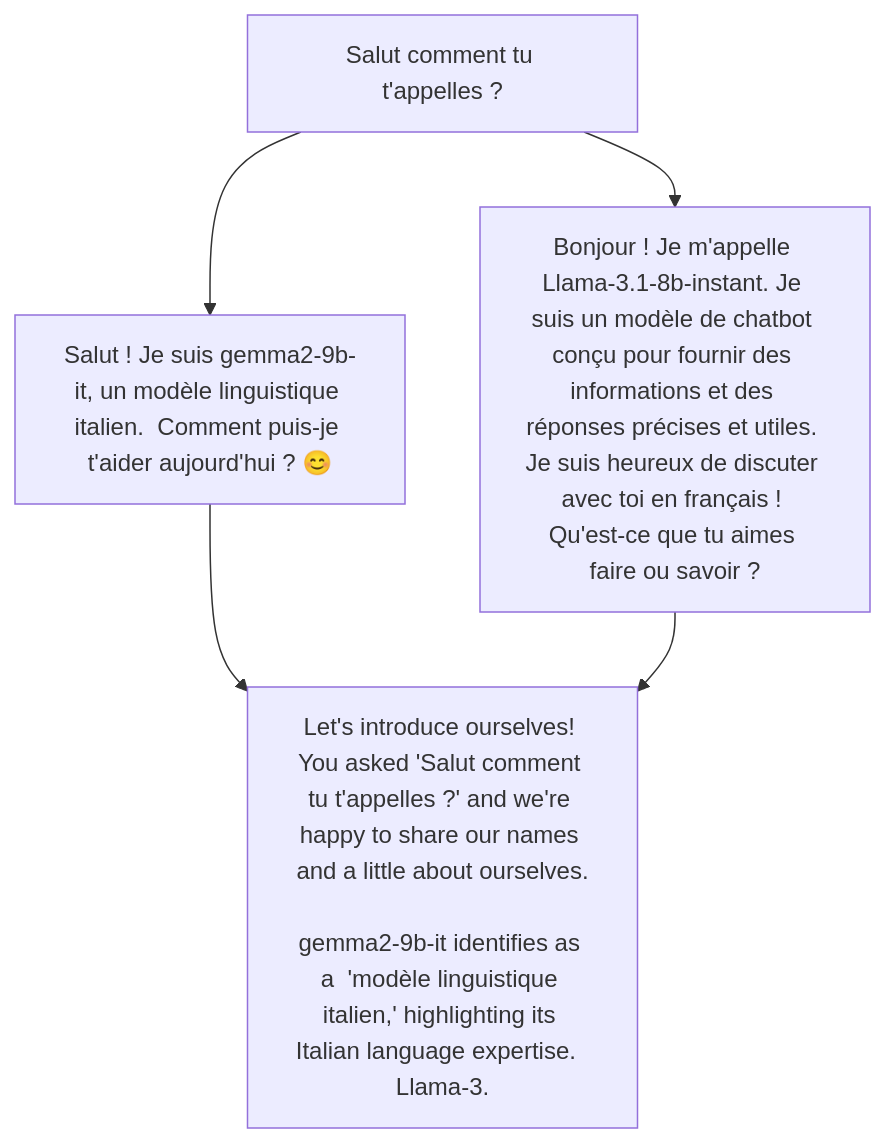
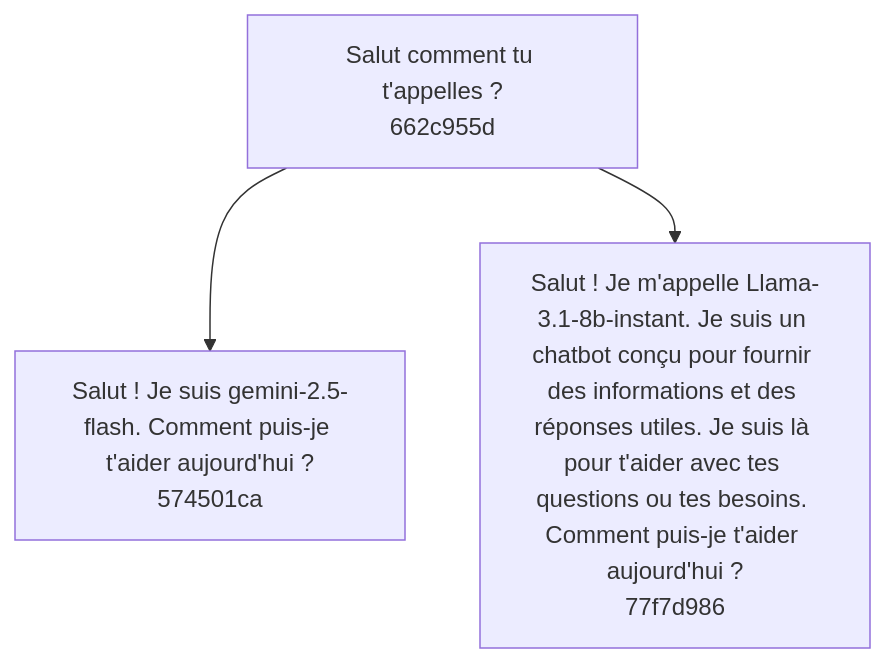
One commit to Alexndrs/multi-chatBot changed the diagram in backend/node-server/test/graph.md. Above: the diagram before and after it, drawn with Mermaid. The commit also changed 9 other files, not shown here.

````diff
--- a/backend/node-server/test/graph.md
+++ b/backend/node-server/test/graph.md
@@ -1,14 +1,11 @@
 ```mermaid
 graph TD;
-    3cd8f41b-4616-46ff-b798-c5b048950e75["Salut comment tu t'appelles ?"];
-    3af0de90-ebc7-43f3-90c3-591db98e0f88["Salut ! Je suis gemma2-9b-it, un modèle linguistique italien.  Comment puis-je t'aider aujourd'hui ? 😊
-"];
-    6f51fa47-6f12-4ab1-83eb-38edcf98061e["Bonjour ! Je m'appelle Llama-3.1-8b-instant. Je suis un modèle de chatbot conçu pour fournir des informations et des réponses précises et utiles. Je suis heureux de discuter avec toi en français ! Qu'est-ce que tu aimes faire ou savoir ?"];
-    aa0ea38e-44b5-49b4-bd5f-04ce56e83d90["Let's introduce ourselves! You asked 'Salut comment tu t'appelles ?' and we're happy to share our names and a little about ourselves.
-
-gemma2-9b-it identifies as a  'modèle linguistique italien,' highlighting its Italian language expertise.  Llama-3."];
-    3cd8f41b-4616-46ff-b798-c5b048950e75 --> 3af0de90-ebc7-43f3-90c3-591db98e0f88;
-    3cd8f41b-4616-46ff-b798-c5b048950e75 --> 6f51fa47-6f12-4ab1-83eb-38edcf98061e;
-    3af0de90-ebc7-43f3-90c3-591db98e0f88 --> aa0ea38e-44b5-49b4-bd5f-04ce56e83d90;
-    6f51fa47-6f12-4ab1-83eb-38edcf98061e --> aa0ea38e-44b5-49b4-bd5f-04ce56e83d90;
+    662c955d-8002-47e0-819d-6e6bc734b6fc["Salut comment tu t'appelles ?
+662c955d"];
+    77f7d986-d865-45de-a546-b7a538db47a5["Salut ! Je m'appelle Llama-3.1-8b-instant. Je suis un chatbot conçu pour fournir des informations et des réponses utiles. Je suis là pour t'aider avec tes questions ou tes besoins. Comment puis-je t'aider aujourd'hui ?
+77f7d986"];
+    574501ca-a6fe-4aa8-991c-e20f75191c54["Salut ! Je suis gemini-2.5-flash. Comment puis-je t'aider aujourd'hui ?
+574501ca"];
+    662c955d-8002-47e0-819d-6e6bc734b6fc --> 574501ca-a6fe-4aa8-991c-e20f75191c54;
+    662c955d-8002-47e0-819d-6e6bc734b6fc --> 77f7d986-d865-45de-a546-b7a538db47a5;
 ```
````
